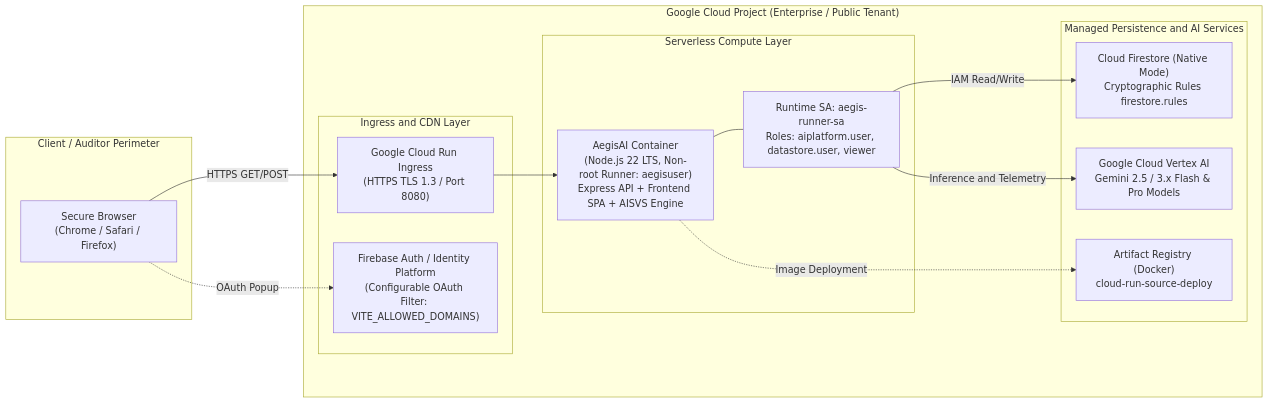
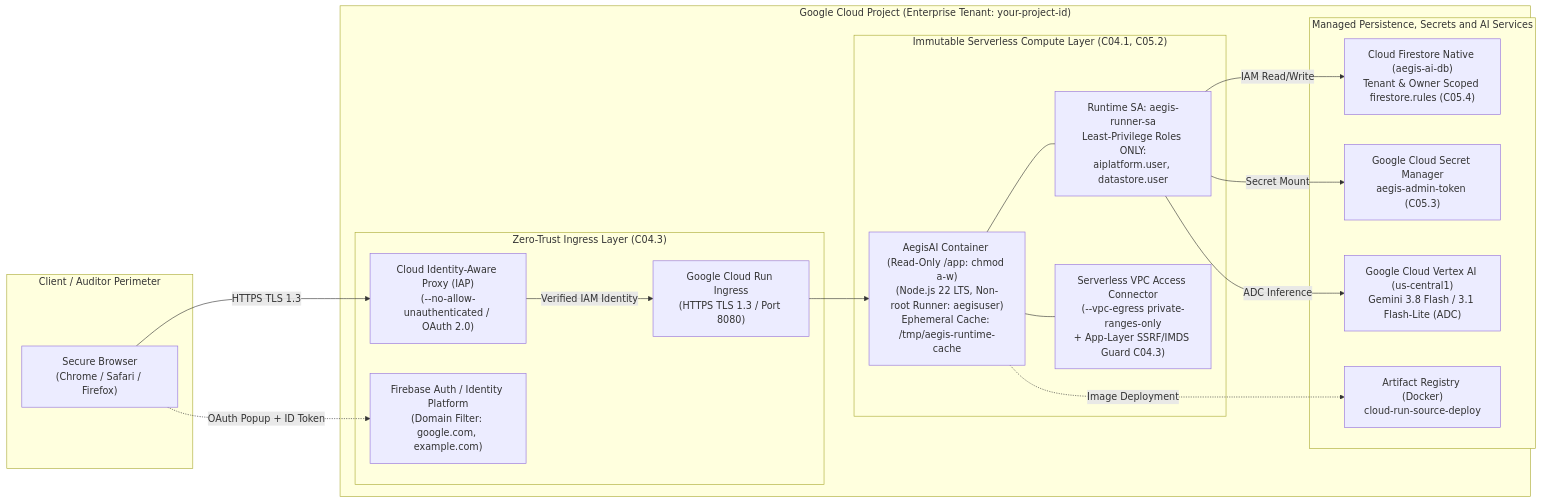
The third of 3 diagrams in docs/Manuals_english/2_SOFTWARE_ARCHITECTURE_DOCUMENT.md (fjhuerta-67/AegisAI), drawn with Mermaid before and after one commit. The commit also changed other lines of this file and 77 other files, not shown here.

Commit message:
Self-audit hardening release: keyless Vertex AI backend, Cloud IAP perimeter, hardened Firestore rules and tests, framework integrity manifest, ISO/IEC 42001 AIMS governance manual, deployment tooling, refreshed bilingual docs and decks

````diff
--- a/docs/Manuals_english/2_SOFTWARE_ARCHITECTURE_DOCUMENT.md
+++ b/docs/Manuals_english/2_SOFTWARE_ARCHITECTURE_DOCUMENT.md
@@ -226,32 +226,38 @@
 ```mermaid
 flowchart LR
     subgraph ClientPerimeter ["Client / Auditor Perimeter"]
         Browser["Secure Browser\n(Chrome / Safari / Firefox)"]
     end
 
-    subgraph GCP_Project ["Google Cloud Project (Enterprise / Public Tenant)"]
-        subgraph IngressLayer ["Ingress and CDN Layer"]
+    subgraph GCP_Project ["Google Cloud Project (Enterprise Tenant: your-project-id)"]
+        subgraph IngressLayer ["Zero-Trust Ingress Layer (C04.3)"]
+            CloudIAP["Cloud Identity-Aware Proxy (IAP)\n(--no-allow-unauthenticated / OAuth 2.0)"]
             CloudRunFront["Google Cloud Run Ingress\n(HTTPS TLS 1.3 / Port 8080)"]
-            FirebaseAuth["Firebase Auth / Identity Platform\n(Configurable OAuth Filter: VITE_ALLOWED_DOMAINS)"]
+            FirebaseAuth["Firebase Auth / Identity Platform\n(Domain Filter: google.com, example.com)"]
         end
 
-        subgraph ComputeLayer ["Serverless Compute Layer"]
-            Container["AegisAI Container\n(Node.js 22 LTS, Non-root Runner: aegisuser)\nExpress API + Frontend SPA + AISVS Engine"]
-            ServiceAccount["Runtime SA: aegis-runner-sa\nRoles: aiplatform.user, datastore.user, viewer"]
+        subgraph ComputeLayer ["Immutable Serverless Compute Layer (C04.1, C05.2)"]
+            Container["AegisAI Container (Read-Only /app: chmod a-w)\n(Node.js 22 LTS, Non-root Runner: aegisuser)\nEphemeral Cache: /tmp/aegis-runtime-cache"]
+            ServiceAccount["Runtime SA: aegis-runner-sa\nLeast-Privilege Roles ONLY:\naiplatform.user, datastore.user"]
+            VPCConnector["Serverless VPC Access Connector\n(--vpc-egress private-ranges-only\n+ App-Layer SSRF/IMDS Guard C04.3)"]
         end
 
-        subgraph DataAndAILayer ["Managed Persistence and AI Services"]
-            FirestoreDB["Cloud Firestore (Native Mode)\nCryptographic Rules firestore.rules"]
-            VertexAI["Google Cloud Vertex AI\nGemini 2.5 / 3.x Flash & Pro Models"]
+        subgraph DataAndAILayer ["Managed Persistence, Secrets and AI Services"]
+            FirestoreDB["Cloud Firestore Native (aegis-ai-db)\nTenant & Owner Scoped firestore.rules (C05.4)"]
+            SecretMgr["Google Cloud Secret Manager\naegis-admin-token (C05.3)"]
+            VertexAI["Google Cloud Vertex AI (us-central1)\nGemini 3.8 Flash / 3.1 Flash-Lite (ADC)"]
             ArtifactReg["Artifact Registry (Docker)\ncloud-run-source-deploy"]
         end
     end
 
-    Browser -->|HTTPS GET/POST| CloudRunFront
-    Browser -.->|OAuth Popup| FirebaseAuth
+    Browser -->|HTTPS TLS 1.3| CloudIAP
+    CloudIAP -->|Verified IAM Identity| CloudRunFront
+    Browser -.->|OAuth Popup + ID Token| FirebaseAuth
     CloudRunFront --> Container
     Container --- ServiceAccount
+    Container --- VPCConnector
     ServiceAccount -->|IAM Read/Write| FirestoreDB
-    ServiceAccount -->|Inference and Telemetry| VertexAI
+    ServiceAccount -->|Secret Mount| SecretMgr
+    ServiceAccount -->|ADC Inference| VertexAI
     Container -.->|Image Deployment| ArtifactReg
 ```
````
